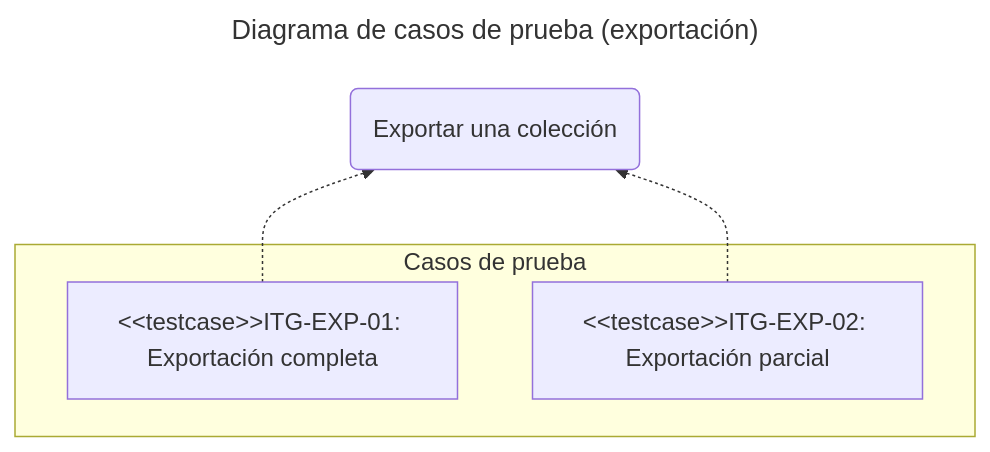
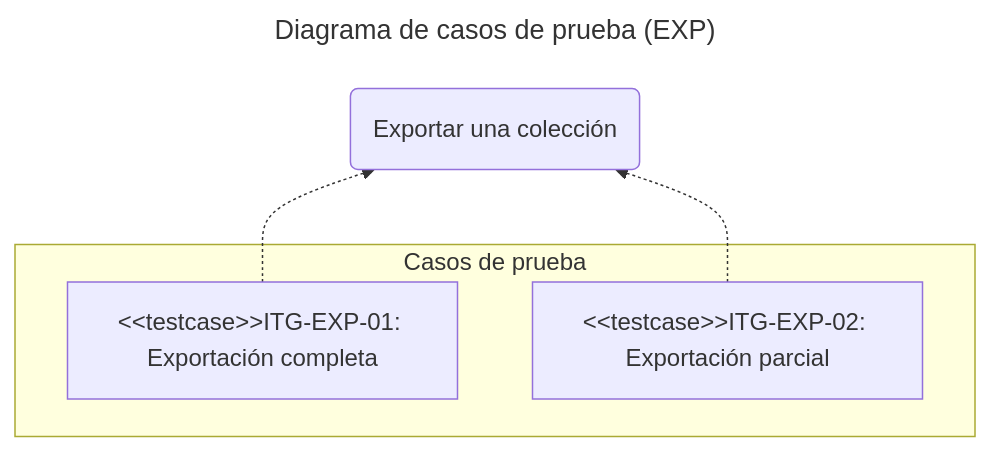
One commit to chromiodev/chromie-tool changed the second of 4 diagrams in docs/spec/tests/integration.es.md. Above: the diagram before and after it, drawn with Mermaid. The commit also changed other lines of this file and 25 other files, not shown here.

````diff
--- a/docs/spec/tests/integration.es.md
+++ b/docs/spec/tests/integration.es.md
@@ -87,18 +87,18 @@
 ```mermaid
 ---
-title: Diagrama de casos de prueba (exportación)
+title: Diagrama de casos de prueba (EXP)
 config:
 ---
 
 graph BT
   %% use cases
   exportColl@{ shape: "rounded", label: "Exportar una colección" }
 
   subgraph "Casos de prueba"
     exportFullColl@{ scope="rounded", label: "#lt;#lt;testcase>>ITG-EXP-01: Exportación completa" }
     exportPartialColl@{ scope="rounded", label: "#lt;#lt;testcase>>ITG-EXP-02: Exportación parcial" }
   end
 
   exportFullColl -.-> exportColl
   exportPartialColl -.-> exportColl
 ```
````
